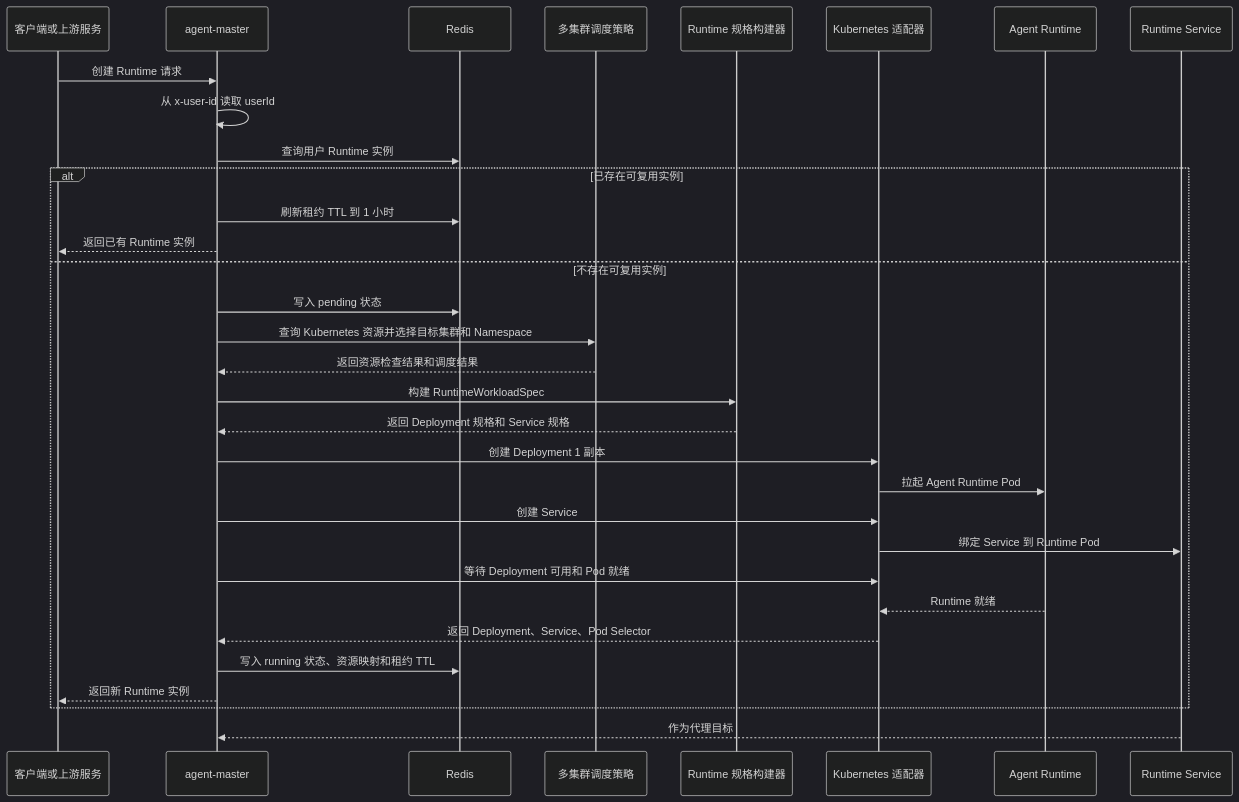
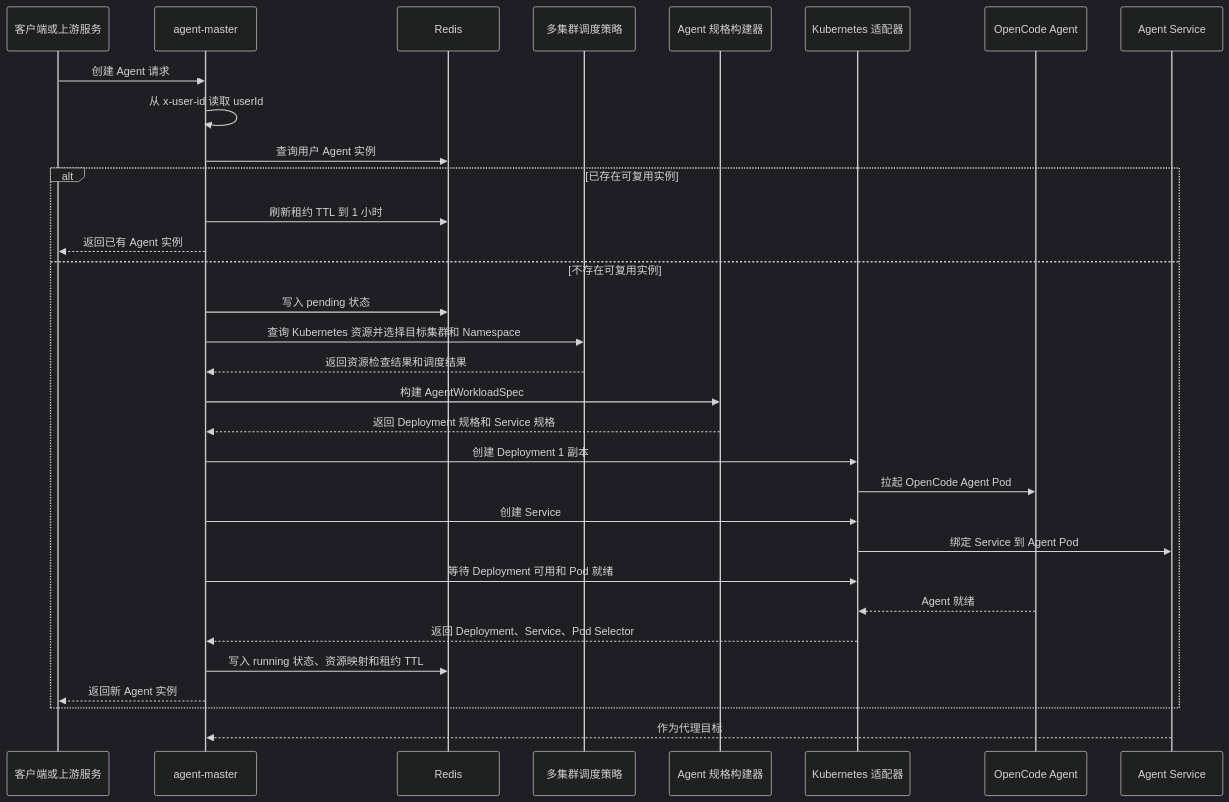
The second of 7 diagrams in README.md (ArchAIHarness/agent-master), drawn with Mermaid (dark theme) before and after one commit. The commit also changed other lines of this file and 24 other files, not shown here.

Commit message:
fix: restore stable runtime control flow

````diff
--- a/README.md
+++ b/README.md
@@ -110,35 +110,35 @@
 ```mermaid
 sequenceDiagram
     participant C as 客户端或上游服务
     participant A as agent-master
     participant R as Redis
     participant P as 多集群调度策略
-    participant B as Runtime 规格构建器
+    participant B as Agent 规格构建器
     participant K as Kubernetes 适配器
-    participant W as Agent Runtime
-    participant S as Runtime Service
+    participant W as OpenCode Agent
+    participant S as Agent Service
 
-    C->>A: 创建 Runtime 请求
+    C->>A: 创建 Agent 请求
     A->>A: 从 x-user-id 读取 userId
-    A->>R: 查询用户 Runtime 实例
+    A->>R: 查询用户 Agent 实例
     alt 已存在可复用实例
         A->>R: 刷新租约 TTL 到 1 小时
-        A-->>C: 返回已有 Runtime 实例
+        A-->>C: 返回已有 Agent 实例
     else 不存在可复用实例
         A->>R: 写入 pending 状态
         A->>P: 查询 Kubernetes 资源并选择目标集群和 Namespace
         P-->>A: 返回资源检查结果和调度结果
-        A->>B: 构建 RuntimeWorkloadSpec
+        A->>B: 构建 AgentWorkloadSpec
         B-->>A: 返回 Deployment 规格和 Service 规格
         A->>K: 创建 Deployment 1 副本
-        K->>W: 拉起 Agent Runtime Pod
+        K->>W: 拉起 OpenCode Agent Pod
         A->>K: 创建 Service
-        K->>S: 绑定 Service 到 Runtime Pod
+        K->>S: 绑定 Service 到 Agent Pod
         A->>K: 等待 Deployment 可用和 Pod 就绪
-        W-->>K: Runtime 就绪
+        W-->>K: Agent 就绪
         K-->>A: 返回 Deployment、Service、Pod Selector
         A->>R: 写入 running 状态、资源映射和租约 TTL
-        A-->>C: 返回新 Runtime 实例
+        A-->>C: 返回新 Agent 实例
     end
     S-->>A: 作为代理目标
 ```
````
